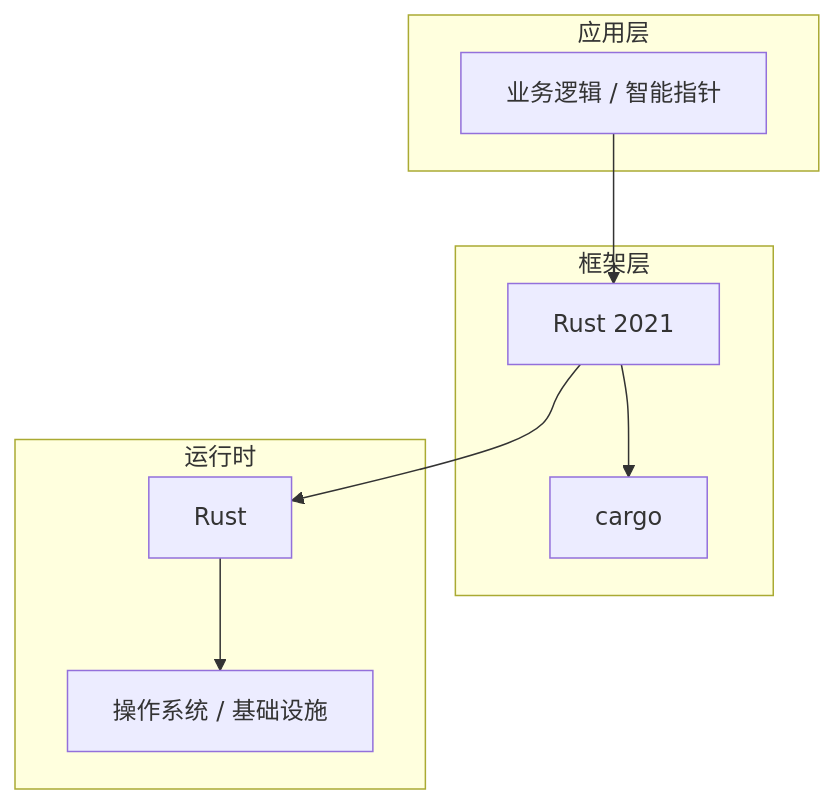
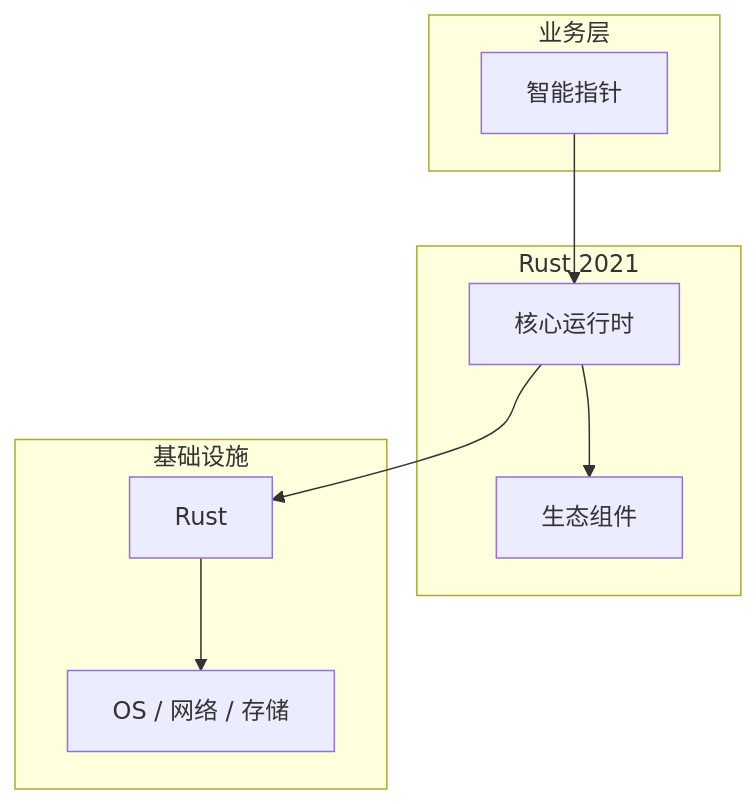
The diagram in articles/Rust语言/chapters/077-智能指针核心概念与原理.md (yanggan2015/knowledge-json-v2), drawn with Mermaid before and after one commit. The commit also changed other lines of this file and 10127 other files, not shown here.

````diff
--- a/articles/Rust语言/chapters/077-智能指针核心概念与原理.md
+++ b/articles/Rust语言/chapters/077-智能指针核心概念与原理.md
@@ -45,18 +34,18 @@
 ```mermaid
 graph TB
-    subgraph 应用层
-        A[业务逻辑 / 智能指针]
+    subgraph 业务层
+        A[智能指针]
     end
-    subgraph 框架层
-        B[Rust 2021]
-        C[cargo]
+    subgraph Rust 2021
+        B[核心运行时]
+        C[生态组件]
     end
-    subgraph 运行时
+    subgraph 基础设施
         D[Rust]
-        E[操作系统 / 基础设施]
+        E[OS / 网络 / 存储]
     end
     A --> B
     B --> C
     B --> D
     D --> E
 ```
````
